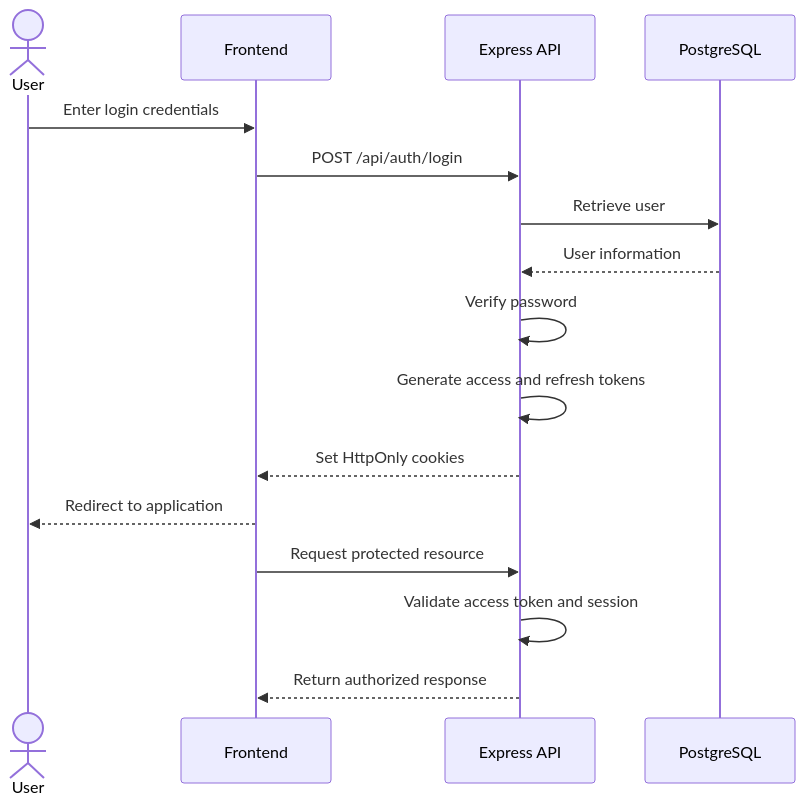
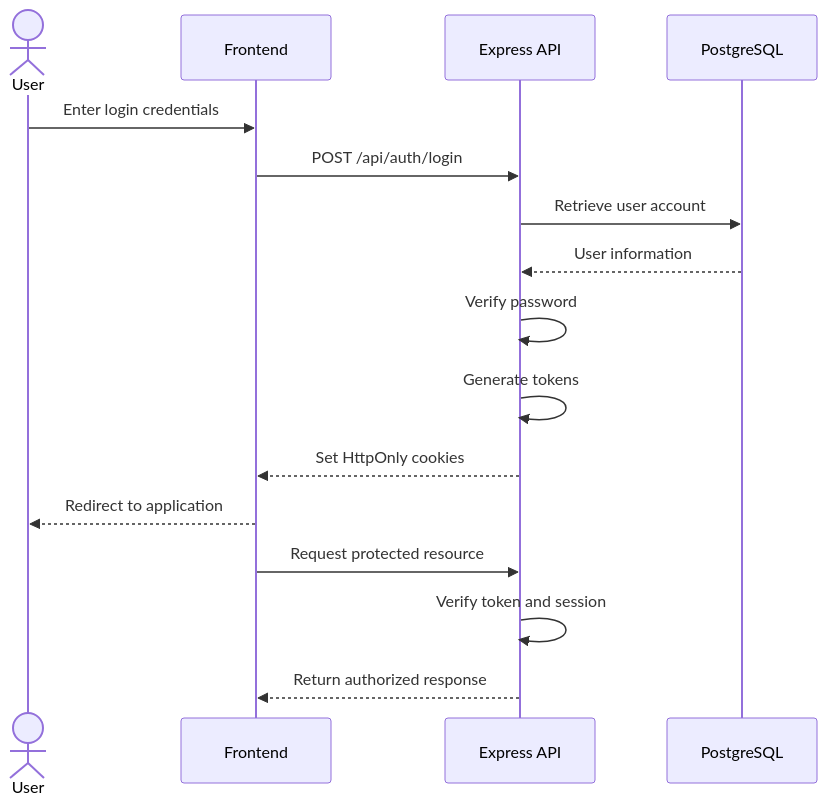
One commit to dinithanki/customer-inquiry-management-system changed the second of 5 diagrams in README.md. Above: the diagram before and after it, drawn with Mermaid. The commit also changed other lines of this file, not shown here.

````diff
--- a/README.md
+++ b/README.md
@@ -161,20 +167,20 @@
 ```mermaid
 sequenceDiagram
     actor User
     participant Frontend
     participant API as Express API
     participant DB as PostgreSQL
 
     User->>Frontend: Enter login credentials
     Frontend->>API: POST /api/auth/login
-    API->>DB: Retrieve user
+    API->>DB: Retrieve user account
     DB-->>API: User information
     API->>API: Verify password
-    API->>API: Generate access and refresh tokens
+    API->>API: Generate tokens
     API-->>Frontend: Set HttpOnly cookies
     Frontend-->>User: Redirect to application
 
     Frontend->>API: Request protected resource
-    API->>API: Validate access token and session
+    API->>API: Verify token and session
     API-->>Frontend: Return authorized response
 ```
````
